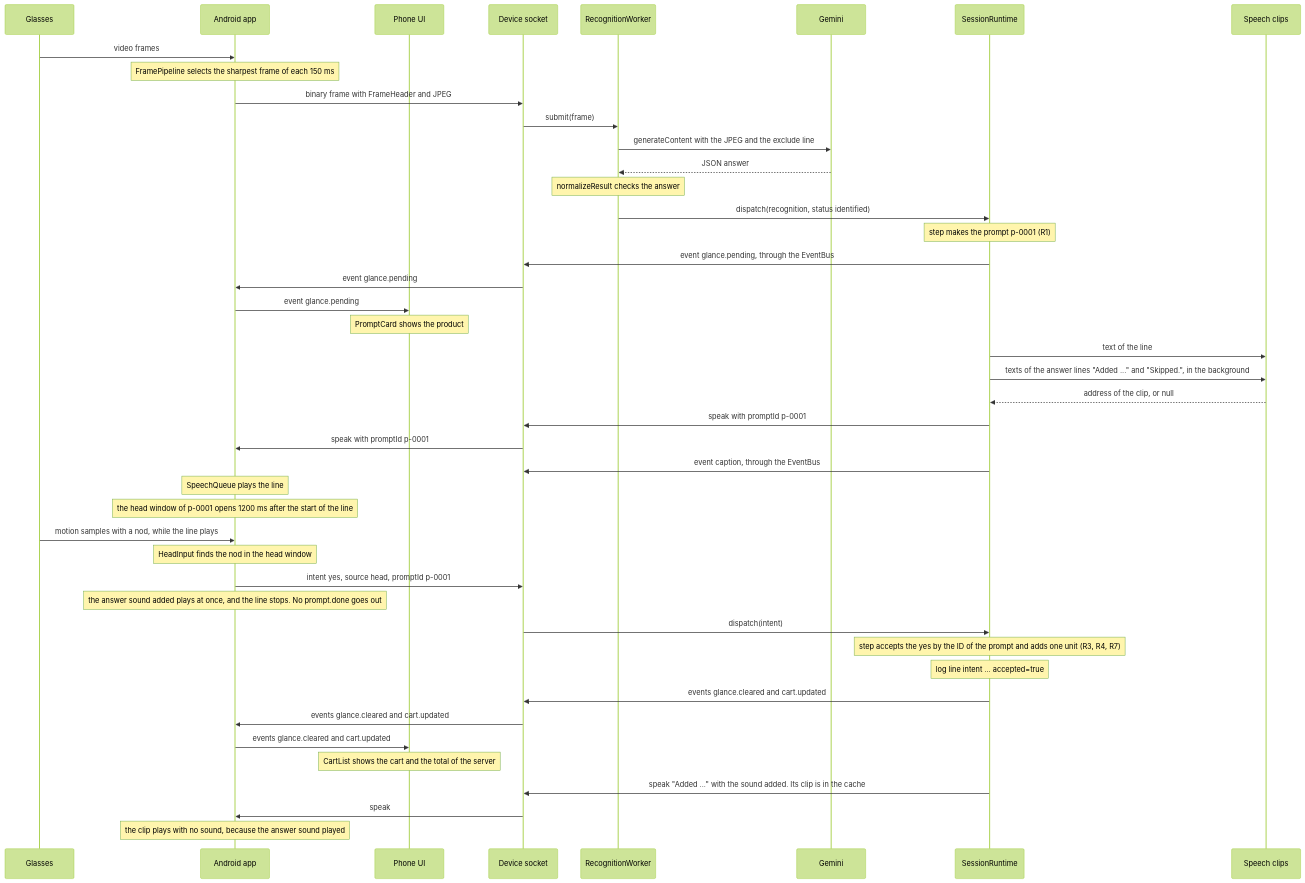
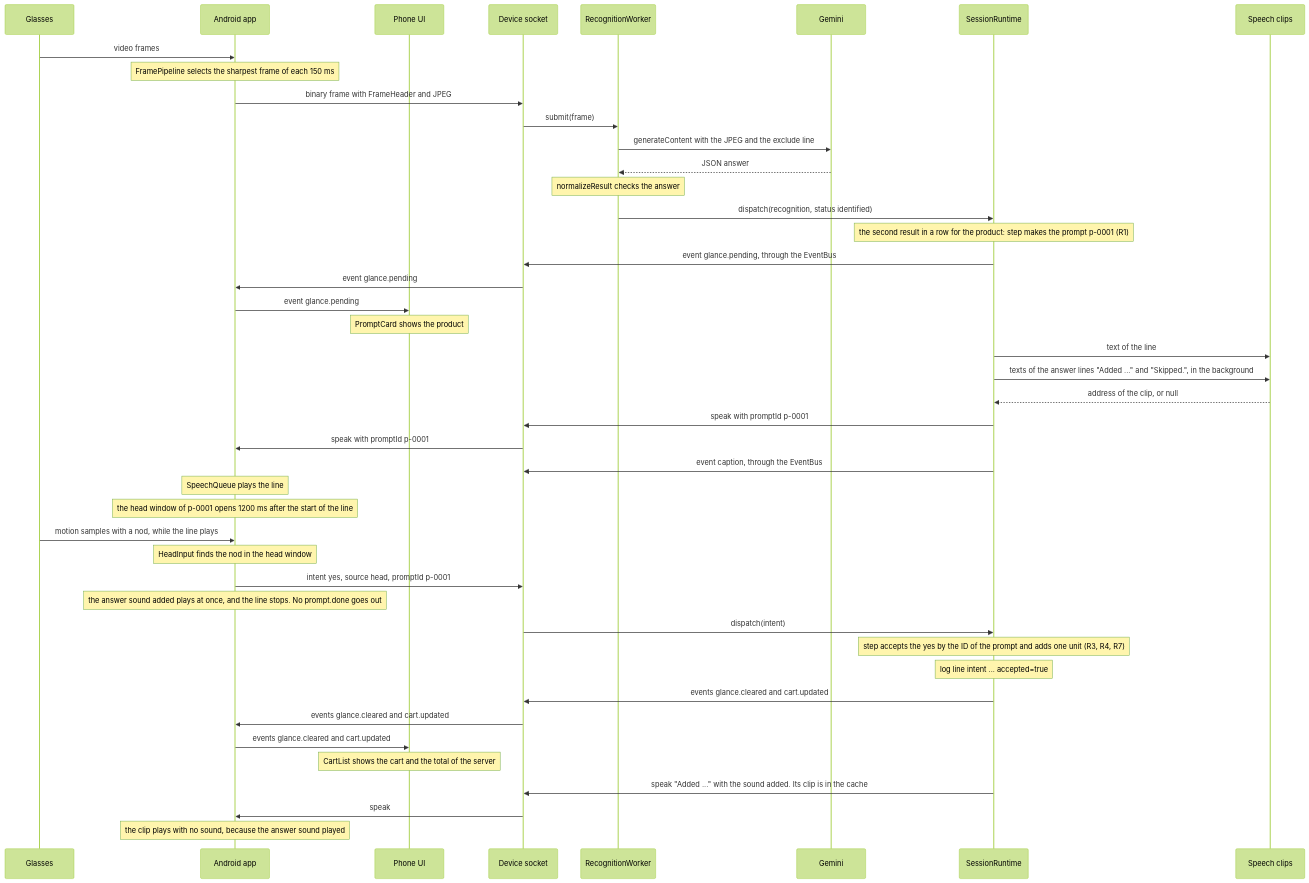
Before and after one commit to mrBymax/glance: the second of 14 diagrams in docs/architecture.md, drawn with Mermaid (forest theme). The commit also changed other lines of this file and 21 other files, not shown here.

First line of the commit message:
fix(server): open a prompt by sight after 2 results in a row

````diff
--- a/docs/architecture.md
+++ b/docs/architecture.md
@@ -139,47 +139,47 @@
 ```mermaid
 sequenceDiagram
   participant Glasses
   participant App as Android app
   participant Page as Phone UI
   participant Socket as Device socket
   participant Worker as RecognitionWorker
   participant Gemini
   participant Runtime as SessionRuntime
   participant Clips as Speech clips
 
   Glasses->>App: video frames
   Note over App: FramePipeline selects the sharpest frame of each 150 ms
   App->>Socket: binary frame with FrameHeader and JPEG
   Socket->>Worker: submit(frame)
   Worker->>Gemini: generateContent with the JPEG and the exclude line
   Gemini-->>Worker: JSON answer
   Note over Worker: normalizeResult checks the answer
   Worker->>Runtime: dispatch(recognition, status identified)
-  Note over Runtime: step makes the prompt p-0001 (R1)
+  Note over Runtime: the second result in a row for the product: step makes the prompt p-0001 (R1)
   Runtime->>Socket: event glance.pending, through the EventBus
   Socket->>App: event glance.pending
   App->>Page: event glance.pending
   Note over Page: PromptCard shows the product
   Runtime->>Clips: text of the line
   Runtime->>Clips: texts of the answer lines "Added ..." and "Skipped.", in the background
   Clips-->>Runtime: address of the clip, or null
   Runtime->>Socket: speak with promptId p-0001
   Socket->>App: speak with promptId p-0001
   Runtime->>Socket: event caption, through the EventBus
   Note over App: SpeechQueue plays the line
   Note over App: the head window of p-0001 opens 1200 ms after the start of the line
   Glasses->>App: motion samples with a nod, while the line plays
   Note over App: HeadInput finds the nod in the head window
   App->>Socket: intent yes, source head, promptId p-0001
   Note over App: the answer sound added plays at once, and the line stops. No prompt.done goes out
   Socket->>Runtime: dispatch(intent)
   Note over Runtime: step accepts the yes by the ID of the prompt and adds one unit (R3, R4, R7)
   Note over Runtime: log line intent ... accepted=true
   Runtime->>Socket: events glance.cleared and cart.updated
   Socket->>App: events glance.cleared and cart.updated
   App->>Page: events glance.cleared and cart.updated
   Note over Page: CartList shows the cart and the total of the server
   Runtime->>Socket: speak "Added ..." with the sound added. Its clip is in the cache
   Socket->>App: speak
   Note over App: the clip plays with no sound, because the answer sound played
 ```
````
